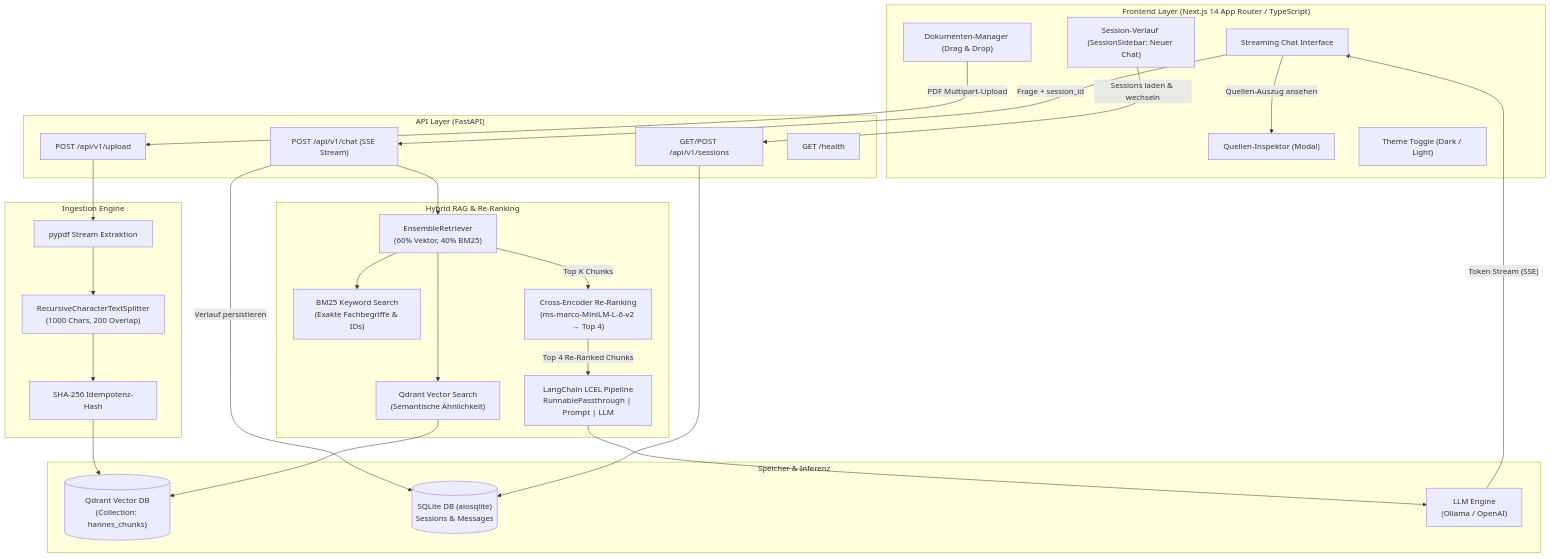
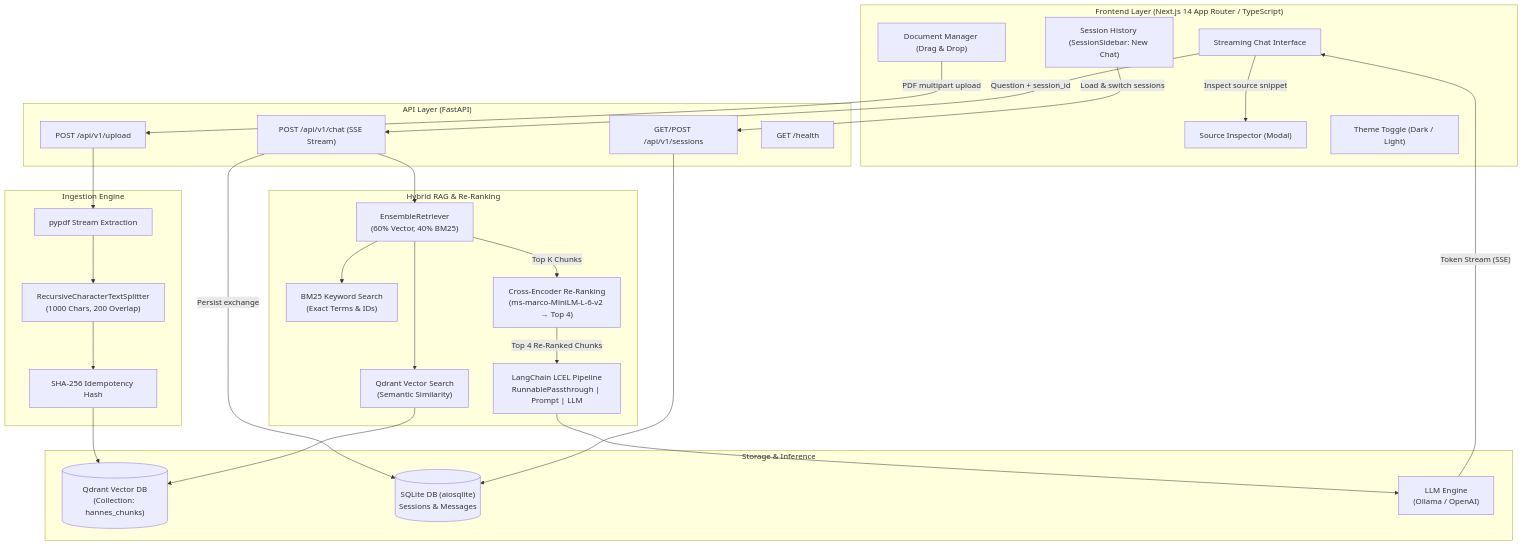
Before and after one commit to Hannes-Hu/Hannes-AI: the diagram in README.md, drawn with Mermaid. The commit also changed other lines of this file and 4 other files, not shown here.

````diff
--- a/README.md
+++ b/README.md
@@ -19,53 +19,53 @@
 ```mermaid
 flowchart TD
     subgraph Client["Frontend Layer (Next.js 14 App Router / TypeScript)"]
-        Sidebar["Session-Verlauf (SessionSidebar: Neuer Chat)"]
-        UploadZone["Dokumenten-Manager (Drag & Drop)"]
+        Sidebar["Session History (SessionSidebar: New Chat)"]
+        UploadZone["Document Manager (Drag & Drop)"]
         ChatInterface["Streaming Chat Interface"]
-        SourceModal["Quellen-Inspektor (Modal)"]
+        SourceModal["Source Inspector (Modal)"]
         Theme["Theme Toggle (Dark / Light)"]
     end
 
     subgraph Gateway["API Layer (FastAPI)"]
         UploadEndpoint["POST /api/v1/upload"]
         ChatEndpoint["POST /api/v1/chat (SSE Stream)"]
         SessionsEndpoint["GET/POST /api/v1/sessions"]
         HealthEndpoint["GET /health"]
     end
 
     subgraph Ingestion["Ingestion Engine"]
-        Parser["pypdf Stream Extraktion"]
+        Parser["pypdf Stream Extraction"]
         Chunker["RecursiveCharacterTextSplitter\n(1000 Chars, 200 Overlap)"]
-        Hasher["SHA-256 Idempotenz-Hash"]
+        Hasher["SHA-256 Idempotency Hash"]
     end
 
     subgraph Retrieval["Hybrid RAG & Re-Ranking"]
-        BM25["BM25 Keyword Search\n(Exakte Fachbegriffe & IDs)"]
-        QdrantRetriever["Qdrant Vector Search\n(Semantische Ähnlichkeit)"]
-        Ensemble["EnsembleRetriever\n(60% Vektor, 40% BM25)"]
+        BM25["BM25 Keyword Search\n(Exact Terms & IDs)"]
+        QdrantRetriever["Qdrant Vector Search\n(Semantic Similarity)"]
+        Ensemble["EnsembleRetriever\n(60% Vector, 40% BM25)"]
         Reranker["Cross-Encoder Re-Ranking\n(ms-marco-MiniLM-L-6-v2 → Top 4)"]
         LCEL["LangChain LCEL Pipeline\nRunnablePassthrough | Prompt | LLM"]
     end
 
-    subgraph Persistence["Speicher & Inferenz"]
+    subgraph Persistence["Storage & Inference"]
         Qdrant[("Qdrant Vector DB\n(Collection: hannes_chunks)")]
         SQLite[("SQLite DB (aiosqlite)\nSessions & Messages")]
         InferenceEngine["LLM Engine\n(Ollama / OpenAI)"]
     end
 
-    Sidebar -->|"Sessions laden & wechseln"| SessionsEndpoint
-    UploadZone -->|"PDF Multipart-Upload"| UploadEndpoint
+    Sidebar -->|"Load & switch sessions"| SessionsEndpoint
+    UploadZone -->|"PDF multipart upload"| UploadEndpoint
     UploadEndpoint --> Parser --> Chunker --> Hasher --> Qdrant
 
-    ChatInterface -->|"Frage + session_id"| ChatEndpoint
+    ChatInterface -->|"Question + session_id"| ChatEndpoint
     ChatEndpoint --> Ensemble
     Ensemble --> QdrantRetriever & BM25
     QdrantRetriever --> Qdrant
     Ensemble -->|"Top K Chunks"| Reranker
     Reranker -->|"Top 4 Re-Ranked Chunks"| LCEL
     LCEL --> InferenceEngine
     InferenceEngine -->|"Token Stream (SSE)"| ChatInterface
-    ChatEndpoint -->|"Verlauf persistieren"| SQLite
+    ChatEndpoint -->|"Persist exchange"| SQLite
     SessionsEndpoint --> SQLite
-    ChatInterface -->|"Quellen-Auszug ansehen"| SourceModal
+    ChatInterface -->|"Inspect source snippet"| SourceModal
 ```
````
